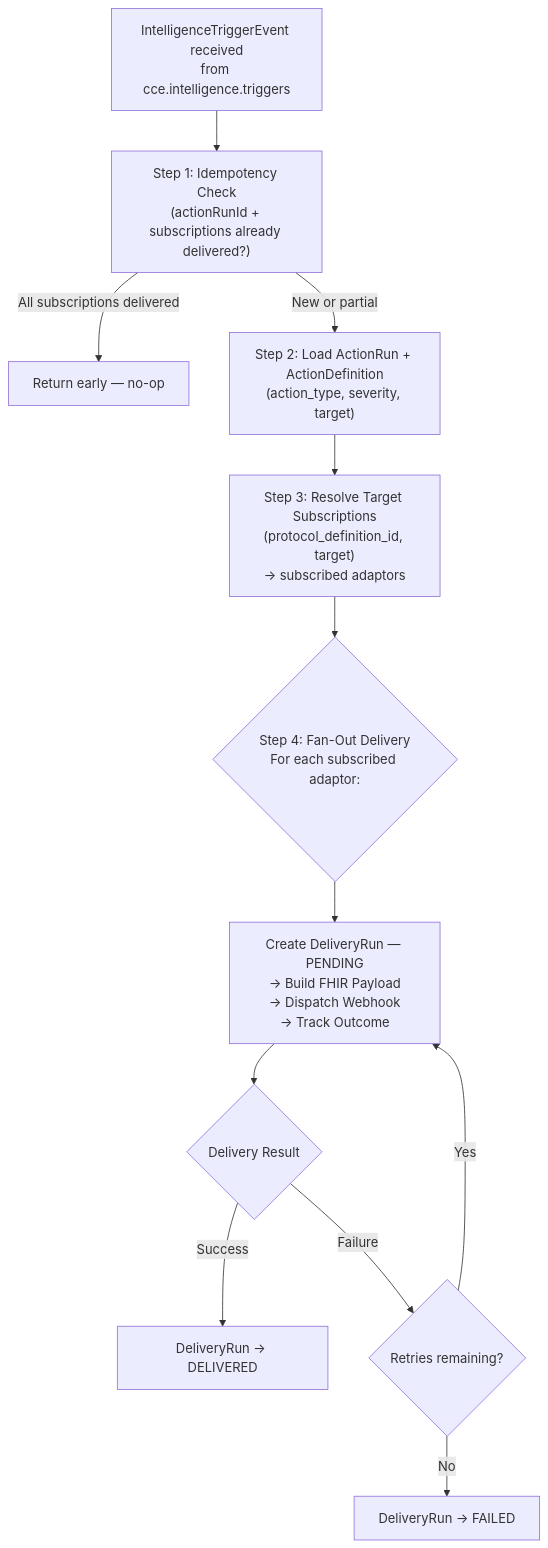
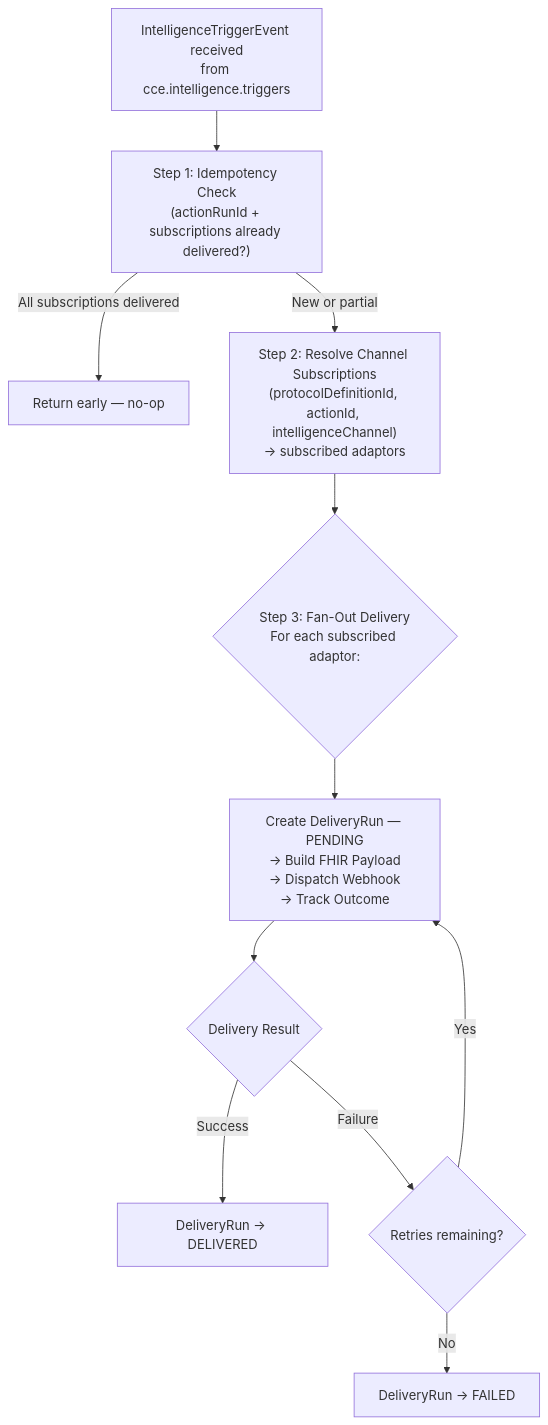
One commit to Jayaprakash8887/cce-intelligence-service changed the third of 6 diagrams in docs/architecture-overview.md. Above: the diagram before and after it, drawn with Mermaid. The commit also changed other lines of this file and 6 other files, not shown here.

Commit message:
documentation update with channel instead of target and FHIR rep of receiver adaptors

````diff
--- a/docs/architecture-overview.md
+++ b/docs/architecture-overview.md
@@ -233,24 +228,22 @@
 ```mermaid
 flowchart TD
     START["IntelligenceTriggerEvent received<br/>from cce.intelligence.triggers"] --> S1
 
     S1["Step 1: Idempotency Check<br/>(actionRunId + subscriptions already delivered?)"]
     S1 -->|"All subscriptions delivered"| DUP["Return early — no-op"]
     S1 -->|"New or partial"| S2
 
-    S2["Step 2: Load ActionRun + ActionDefinition<br/>(action_type, severity, target)"] --> S3
+    S2["Step 2: Resolve Channel Subscriptions<br/>(protocolDefinitionId, actionId, intelligenceChannel)<br/>→ subscribed adaptors"] --> S3
 
-    S3["Step 3: Resolve Target Subscriptions<br/>(protocol_definition_id, target)<br/>→ subscribed adaptors"] --> S4
+    S3{"Step 3: Fan-Out Delivery<br/>For each subscribed adaptor:"}
+    S3 --> S4
 
-    S4{"Step 4: Fan-Out Delivery<br/>For each subscribed adaptor:"}
+    S4["Create DeliveryRun — PENDING<br/>→ Build FHIR Payload<br/>→ Dispatch Webhook<br/>→ Track Outcome"]
     S4 --> S5
 
-    S5["Create DeliveryRun — PENDING<br/>→ Build FHIR Payload<br/>→ Dispatch Webhook<br/>→ Track Outcome"]
-    S5 --> S6
-
-    S6{"Delivery Result"}
-    S6 -->|"Success"| DELIVERED["DeliveryRun → DELIVERED"]
-    S6 -->|"Failure"| RETRY{"Retries remaining?"}
-    RETRY -->|"Yes"| S5
+    S5{"Delivery Result"}
+    S5 -->|"Success"| DELIVERED["DeliveryRun → DELIVERED"]
+    S5 -->|"Failure"| RETRY{"Retries remaining?"}
+    RETRY -->|"Yes"| S4
     RETRY -->|"No"| FAILED["DeliveryRun → FAILED"]
 ```
````
